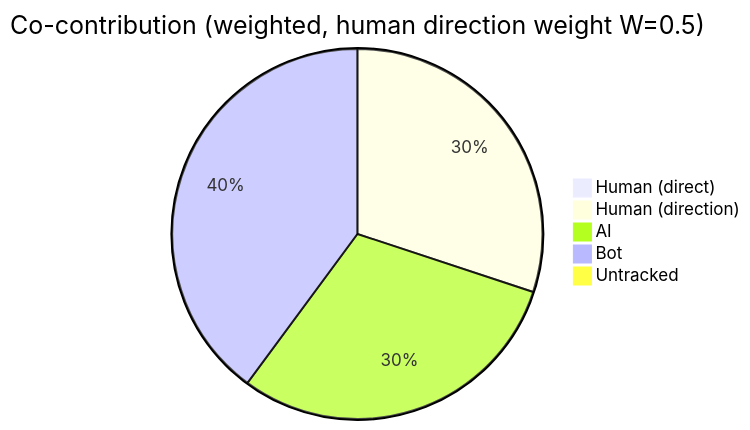
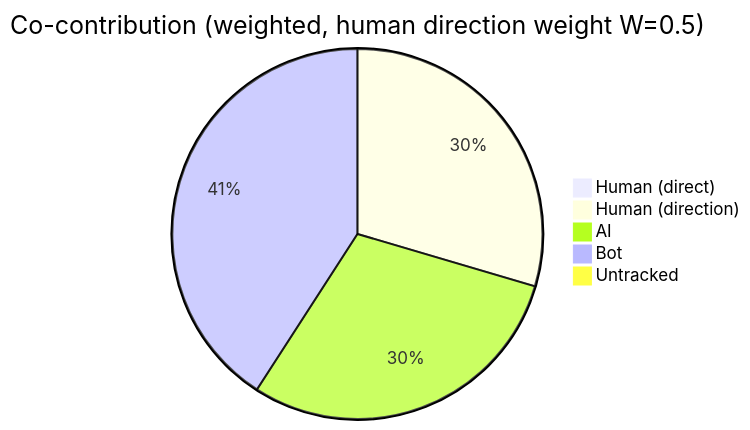
The first of 4 diagrams in AI-AUTHORSHIP.md (CaliMark/ai-authorship), drawn with Mermaid before and after one commit. The commit also changed other lines of this file and 1 other file, not shown here.

````diff
--- a/AI-AUTHORSHIP.md
+++ b/AI-AUTHORSHIP.md
@@ -23,8 +23,8 @@
 ```mermaid
 pie title Co-contribution (weighted, human direction weight W=0.5)
     "Human (direct)" : 0
-    "Human (direction)" : 1456
-    "AI" : 1455
-    "Bot" : 1931
+    "Human (direction)" : 1446
+    "AI" : 1446
+    "Bot" : 1999
     "Untracked" : 0
 ```
````
